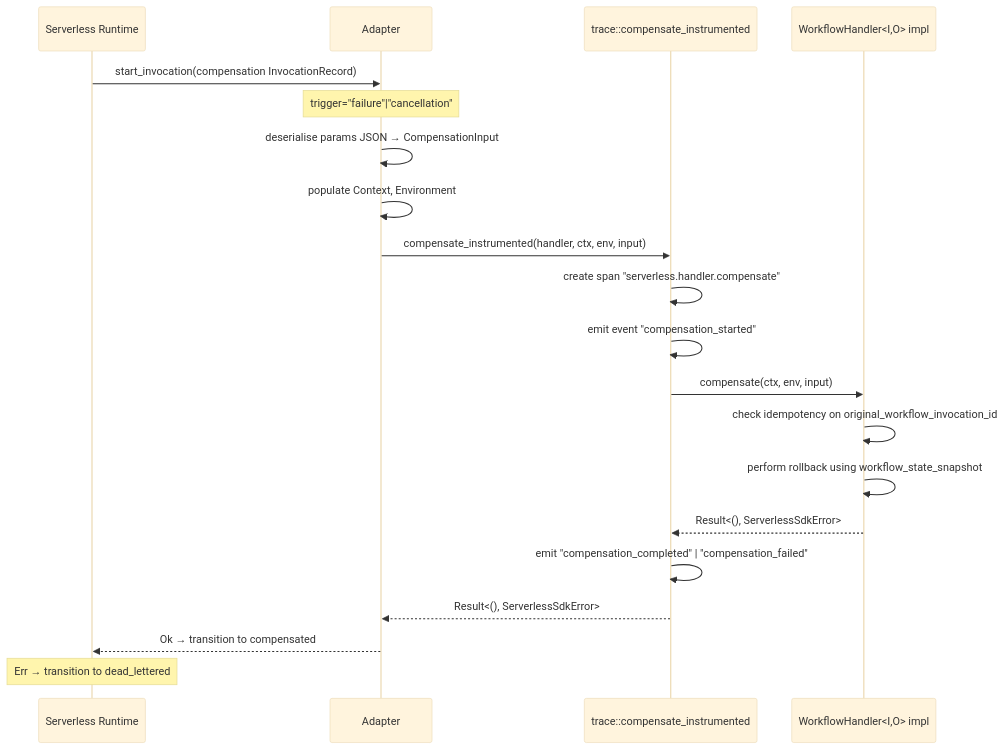
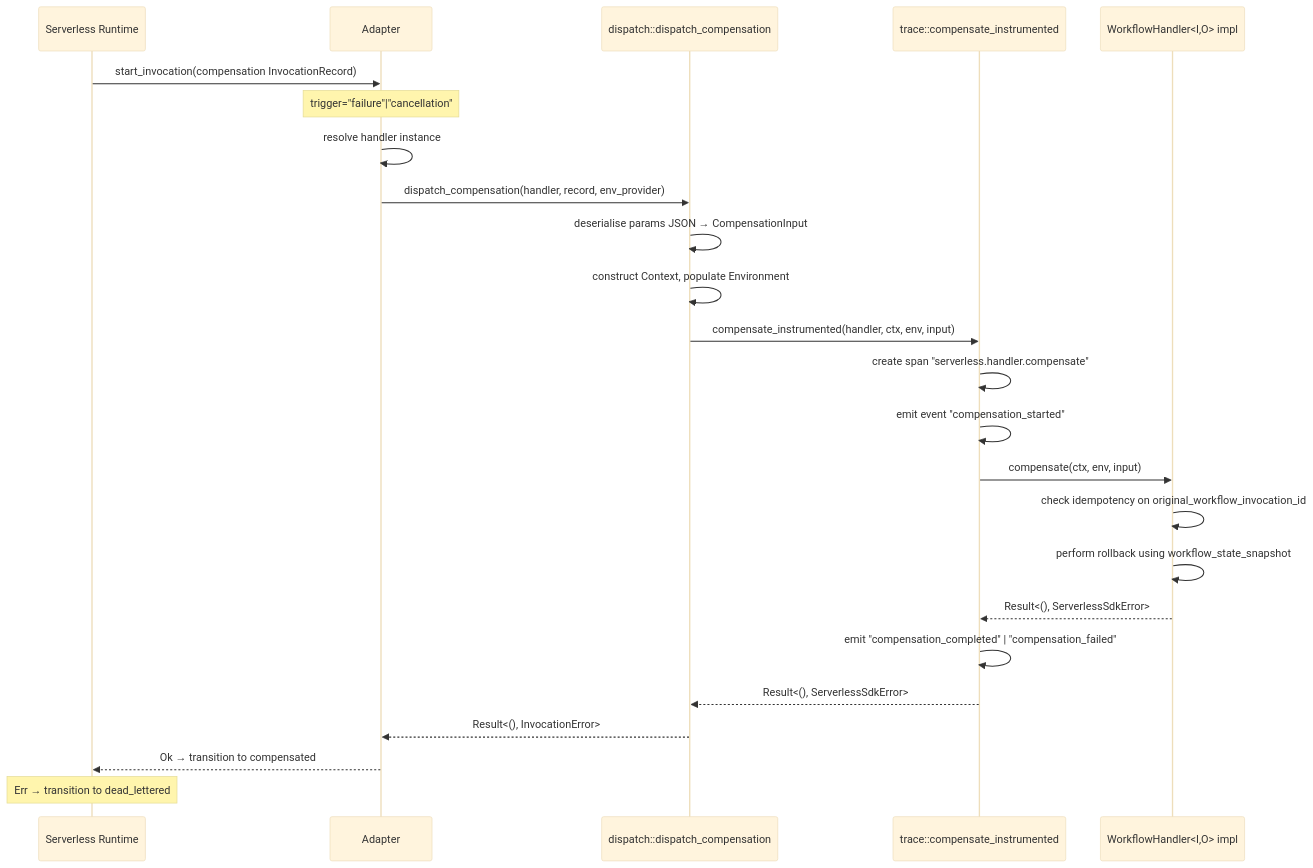
The third of 3 diagrams in modules/serverless-runtime/serverless-sdk/docs/DESIGN.md (vgprod/cyberfabric-core), drawn with Mermaid (base theme) before and after one commit. The commit also changed other lines of this file and 1 other file, not shown here.

Commit message:
docs(serverless-sdk): enhance clarity on SDK architecture and invocation plumbing

````diff
--- a/modules/serverless-runtime/serverless-sdk/docs/DESIGN.md
+++ b/modules/serverless-runtime/serverless-sdk/docs/DESIGN.md
@@ -655,23 +688,27 @@
 ```mermaid
 sequenceDiagram
     participant R as Serverless Runtime
     participant A as Adapter
+    participant D as dispatch::dispatch_compensation
     participant T as trace::compensate_instrumented
     participant W as WorkflowHandler<I,O> impl
 
     R->>A: start_invocation(compensation InvocationRecord)
     note over A: trigger="failure"|"cancellation"
-    A->>A: deserialise params JSON → CompensationInput
-    A->>A: populate Context, Environment
-    A->>T: compensate_instrumented(handler, ctx, env, input)
+    A->>A: resolve handler instance
+    A->>D: dispatch_compensation(handler, record, env_provider)
+    D->>D: deserialise params JSON → CompensationInput
+    D->>D: construct Context, populate Environment
+    D->>T: compensate_instrumented(handler, ctx, env, input)
     T->>T: create span "serverless.handler.compensate"
     T->>T: emit event "compensation_started"
     T->>W: compensate(ctx, env, input)
     W->>W: check idempotency on original_workflow_invocation_id
     W->>W: perform rollback using workflow_state_snapshot
     W-->>T: Result<(), ServerlessSdkError>
     T->>T: emit "compensation_completed" | "compensation_failed"
-    T-->>A: Result<(), ServerlessSdkError>
+    T-->>D: Result<(), ServerlessSdkError>
+    D-->>A: Result<(), InvocationError>
     A-->>R: Ok → transition to compensated
     note over R: Err → transition to dead_lettered
 ```
````
